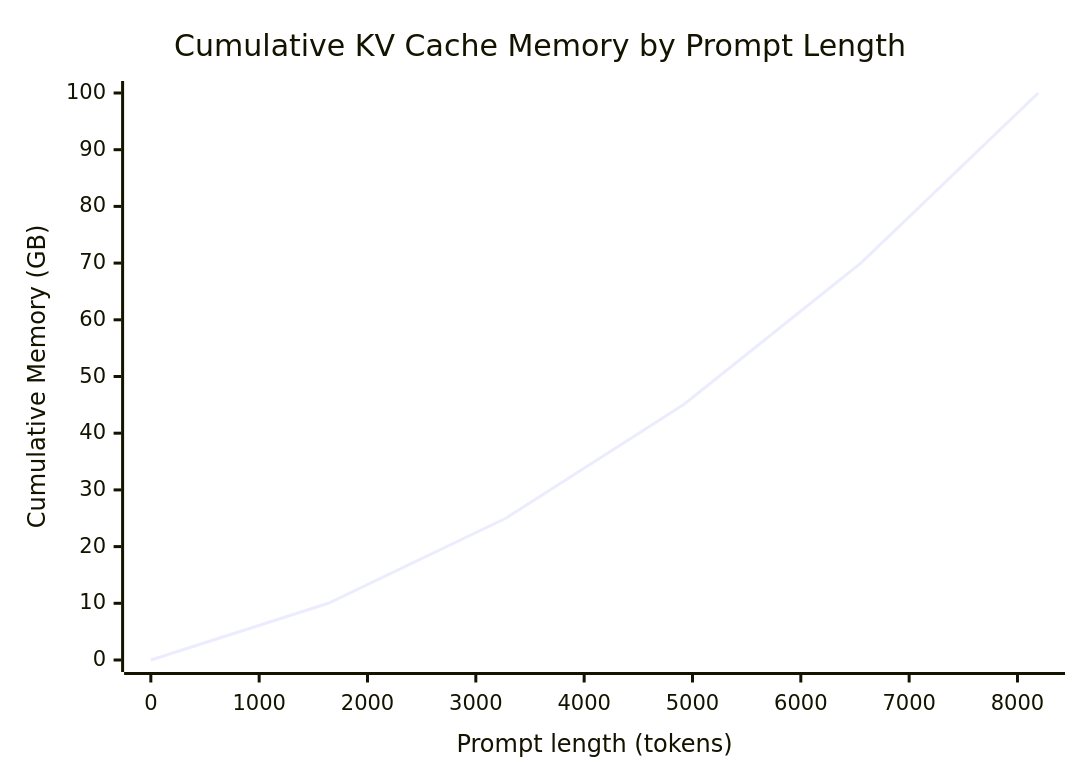
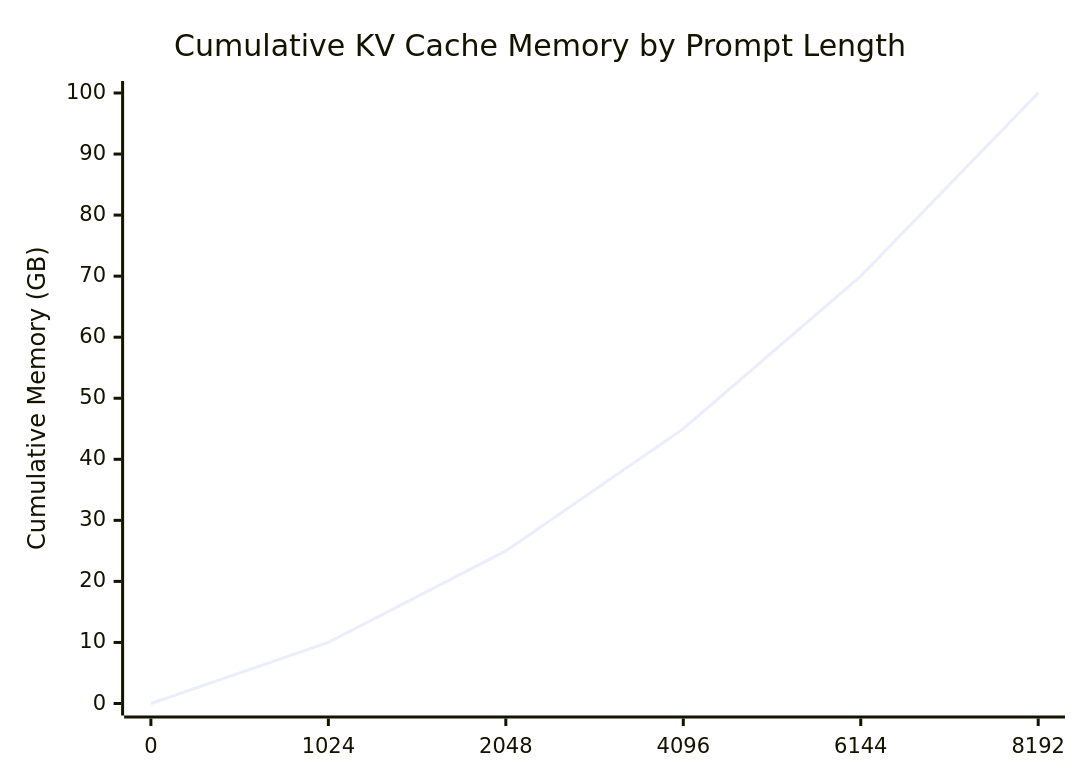
Diagram 21 of 50 in lab0.4/README.md (Shahriarin2garden/vllm_from_scratch), drawn with Mermaid before and after one commit. The commit also changed other lines of this file, not shown here.

Commit message:
Update x-axis labels and improve diagram configurations in README.md for better clarity

````diff
--- a/lab0.4/README.md
+++ b/lab0.4/README.md
@@ -645,7 +629,7 @@
 ```mermaid
 xychart-beta
     title "Cumulative KV Cache Memory by Prompt Length"
-    x-axis "Prompt length (tokens)" 0 --> 8192
+    x-axis [0, 1024, 2048, 4096, 6144, 8192]
     y-axis "Cumulative Memory (GB)" 0 --> 100
     line [0,10,25,45,70,100]
 ```
````
